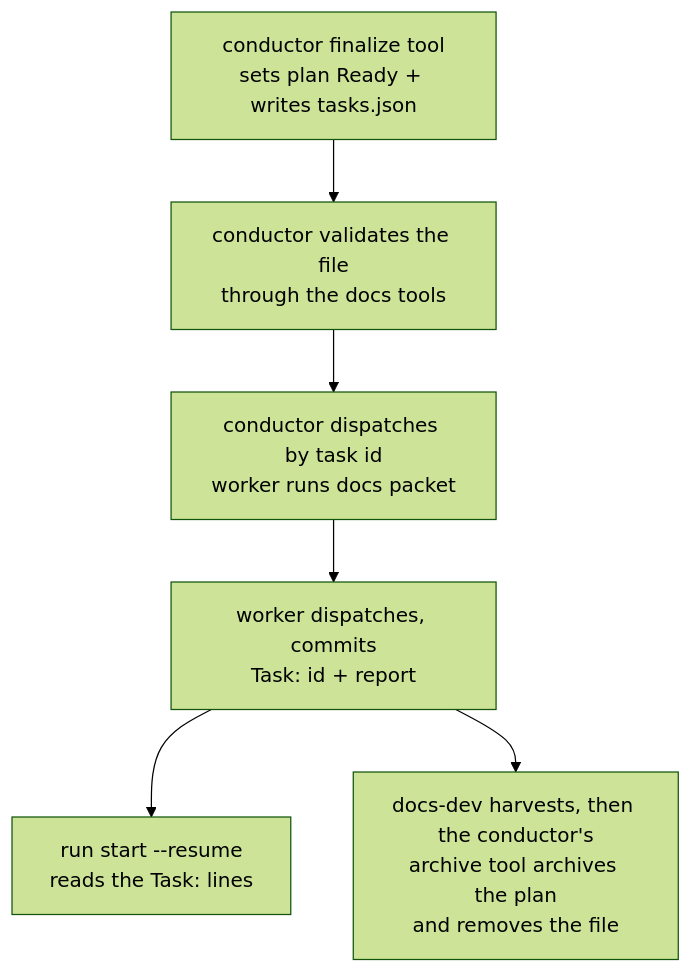
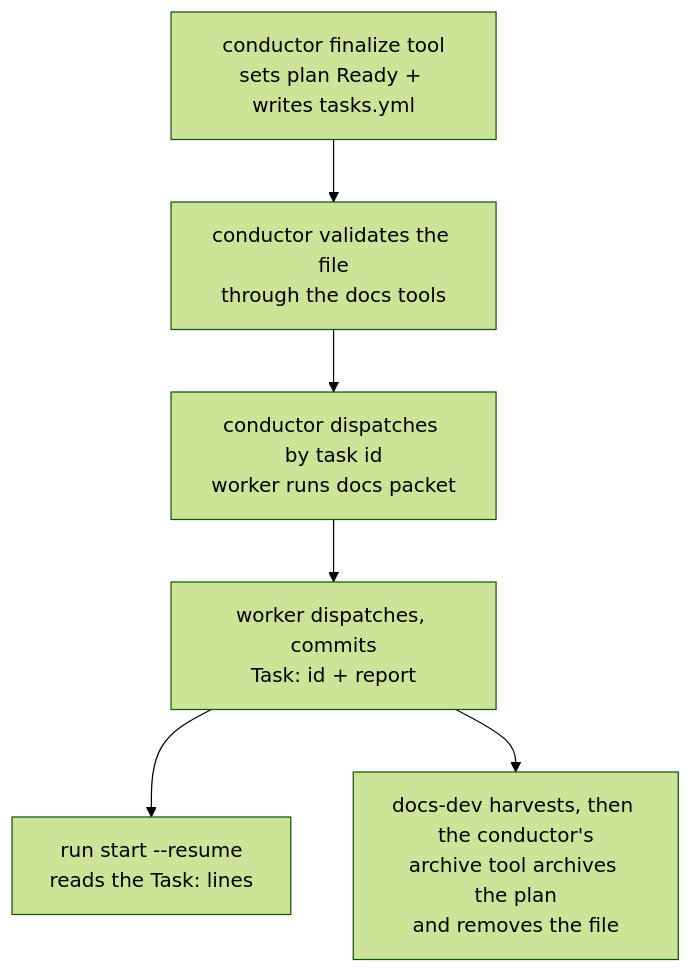
Before and after one commit to dpalfery/kyber-weave: the sixth of 7 diagrams in docs/kyber-squad/architecture.md, drawn with Mermaid (forest theme). The commit also changed other lines of this file and 42 other files, not shown here.

````diff
--- a/docs/kyber-squad/architecture.md
+++ b/docs/kyber-squad/architecture.md
@@ -1806,15 +1806,15 @@
 ```mermaid
 flowchart TD
-    Architect["conductor finalize tool\nsets plan Ready + writes tasks.json"]
+    Architect["conductor finalize tool\nsets plan Ready + writes tasks.yml"]
     Validate["conductor validates the file\nthrough the docs tools"]
     Paste["conductor dispatches by task id\nworker runs docs packet"]
     Worker["worker dispatches, commits\nTask: id + report"]
     Resume["run start --resume\nreads the Task: lines"]
     Archive["docs-dev harvests, then the conductor's\narchive tool archives the plan\nand removes the file"]
 
     Architect --> Validate
     Validate --> Paste
     Paste --> Worker
     Worker --> Resume
     Worker --> Archive
 ```
````
